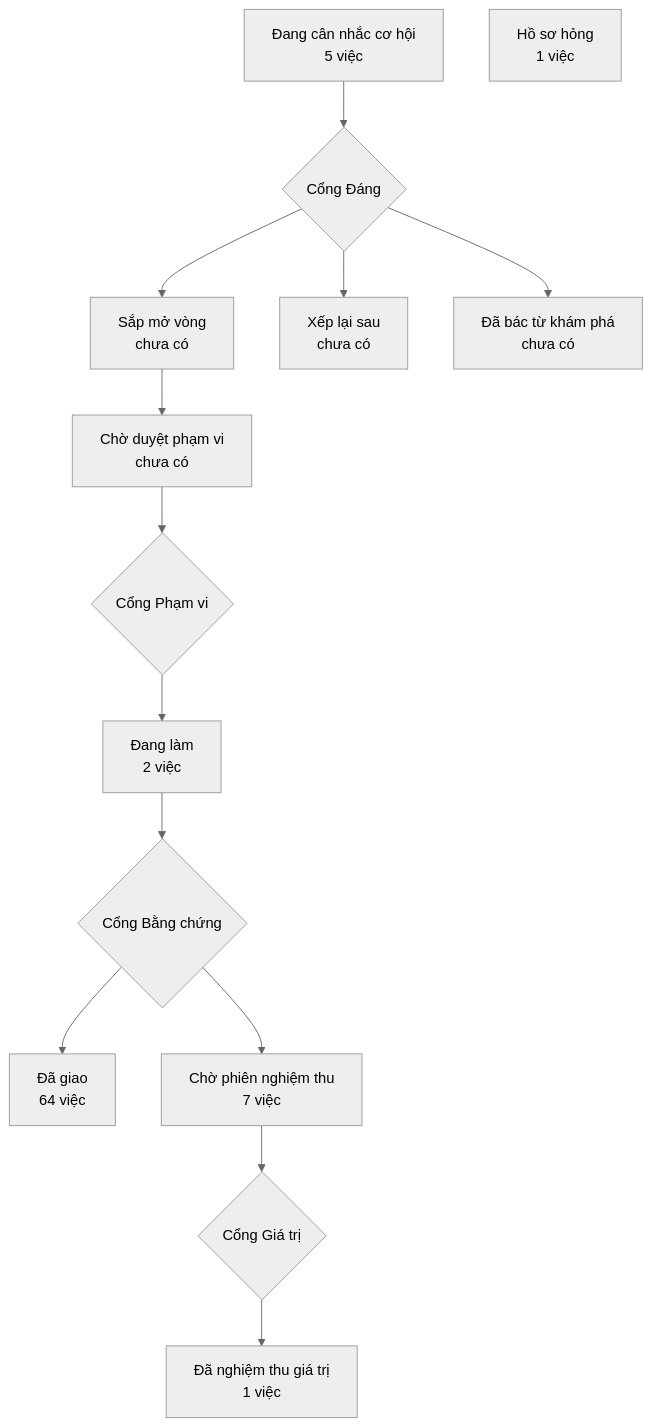
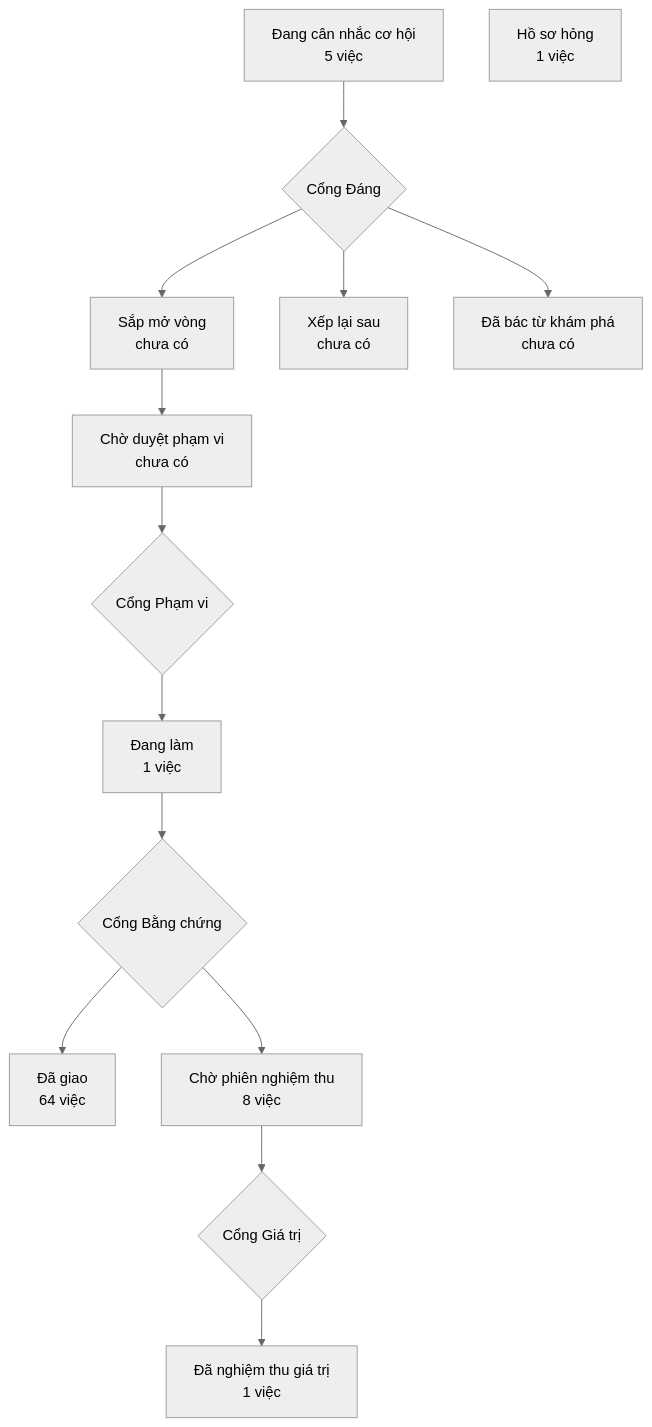
One commit to phanlemanh/crm-onehub changed the diagram in PRODUCT-MAP.md. Above: the diagram before and after it, drawn with Mermaid (neutral theme). The commit also changed 3 other files, not shown here.

````diff
--- a/PRODUCT-MAP.md
+++ b/PRODUCT-MAP.md
@@ -6,13 +6,13 @@
 ```mermaid
 flowchart TD
   A["Đang cân nhắc cơ hội<br/>5 việc"] --> GD{"Cổng Đáng"}
   GD --> B["Sắp mở vòng<br/>chưa có"]
   GD --> XL["Xếp lại sau<br/>chưa có"]
   GD --> DB["Đã bác từ khám phá<br/>chưa có"]
   B --> CD["Chờ duyệt phạm vi<br/>chưa có"] --> GP{"Cổng Phạm vi"}
-  GP --> DL["Đang làm<br/>2 việc"] --> GB{"Cổng Bằng chứng"}
+  GP --> DL["Đang làm<br/>1 việc"] --> GB{"Cổng Bằng chứng"}
   GB --> DG["Đã giao<br/>64 việc"]
-  GB --> CN["Chờ phiên nghiệm thu<br/>7 việc"] --> GG{"Cổng Giá trị"}
+  GB --> CN["Chờ phiên nghiệm thu<br/>8 việc"] --> GG{"Cổng Giá trị"}
   GG --> NT["Đã nghiệm thu giá trị<br/>1 việc"]
   HS["Hồ sơ hỏng<br/>1 việc"]
 ```
````
